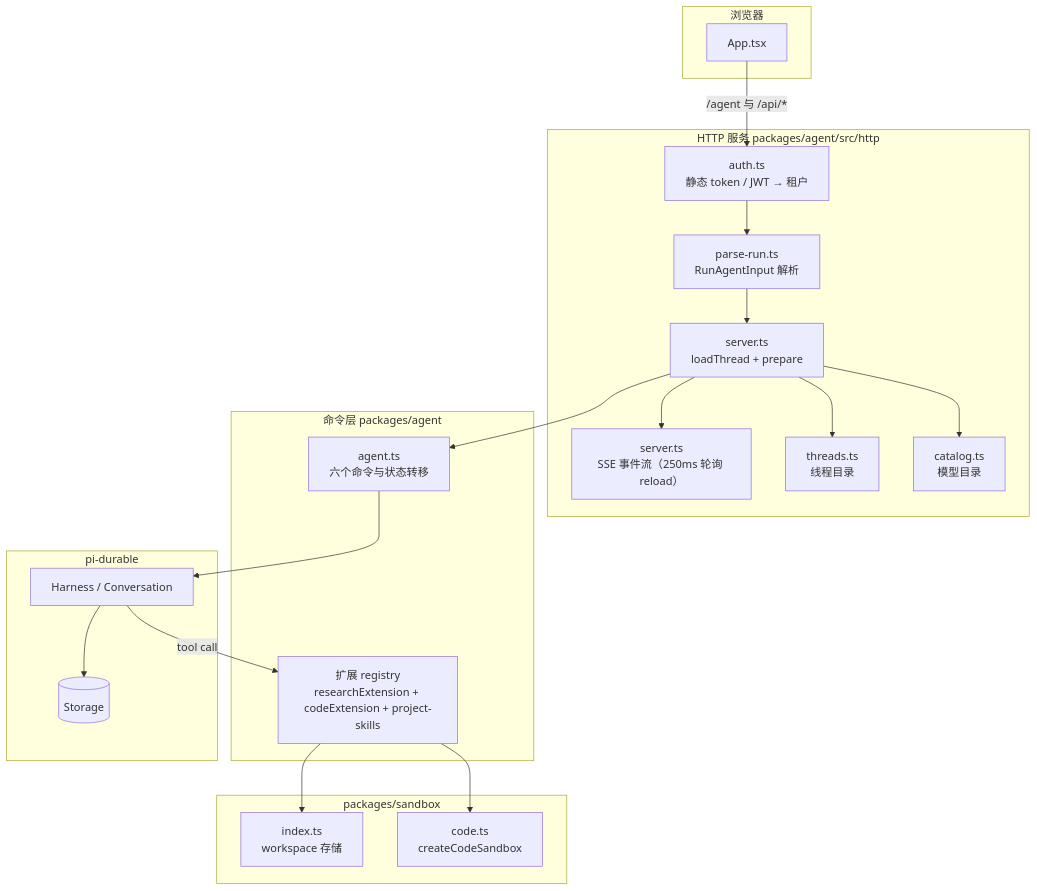
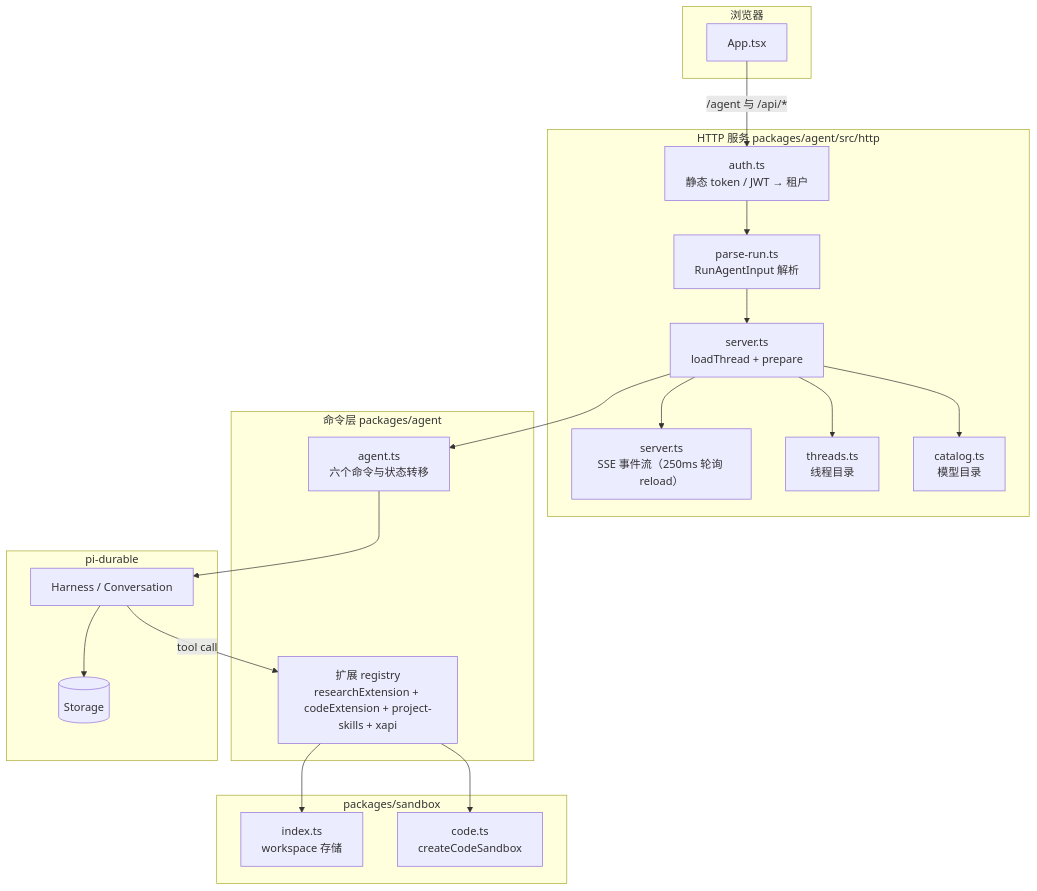
One commit to ajaxsunrise/crypto-research-tx-agent changed the second of 7 diagrams in docs/architecture.md. Above: the diagram before and after it, drawn with Mermaid. The commit also changed other lines of this file and 64 other files, not shown here.

````diff
--- a/docs/architecture.md
+++ b/docs/architecture.md
@@ -50,39 +51,39 @@
 ```mermaid
 flowchart TD
     subgraph browser["浏览器"]
         APP["App.tsx"]
     end
     subgraph srv["HTTP 服务 packages/agent/src/http"]
         AUTH["auth.ts<br/>静态 token / JWT → 租户"]
         PARSE["parse-run.ts<br/>RunAgentInput 解析"]
         PREPARE["server.ts<br/>loadThread + prepare"]
         SSE["server.ts<br/>SSE 事件流（250ms 轮询 reload）"]
         THREADS["threads.ts<br/>线程目录"]
         CAT["catalog.ts<br/>模型目录"]
     end
     subgraph core["命令层 packages/agent"]
         AGENT["agent.ts<br/>六个命令与状态转移"]
-        REG["扩展 registry<br/>researchExtension + codeExtension + project-skills"]
+        REG["扩展 registry<br/>researchExtension + codeExtension + project-skills + xapi"]
     end
     subgraph dur["pi-durable"]
         H["Harness / Conversation"]
         ST[("Storage")]
     end
     subgraph sbx["packages/sandbox"]
         WS["index.ts<br/>workspace 存储"]
         CS["code.ts<br/>createCodeSandbox"]
     end
 
     APP -->|"/agent 与 /api/*"| AUTH
     AUTH --> PARSE
     PARSE --> PREPARE
     PREPARE --> THREADS
     PREPARE --> CAT
     PREPARE --> AGENT
     AGENT --> H
     H --> ST
     H -->|"tool call"| REG
     REG --> WS
     REG --> CS
     PREPARE --> SSE
 ```
````
